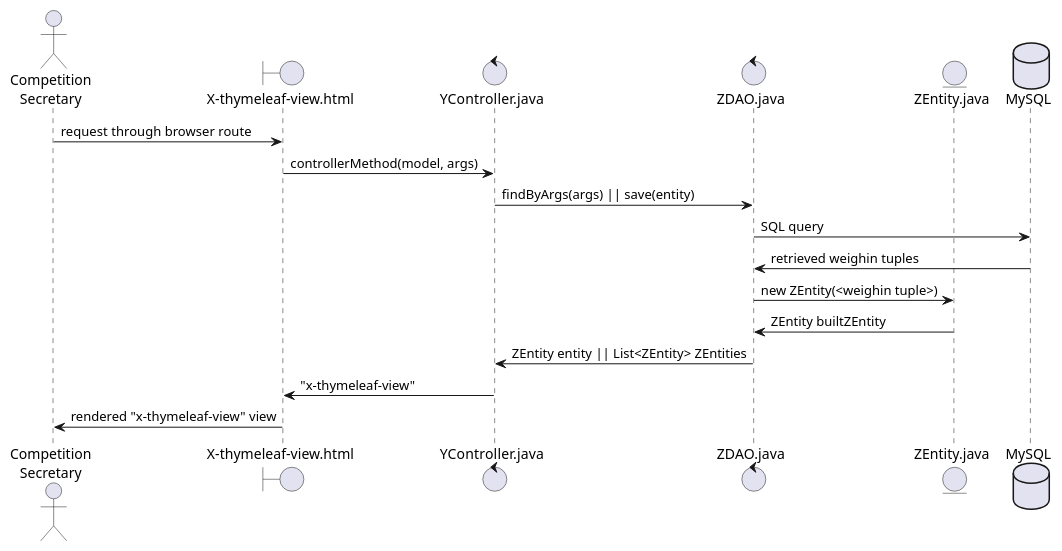
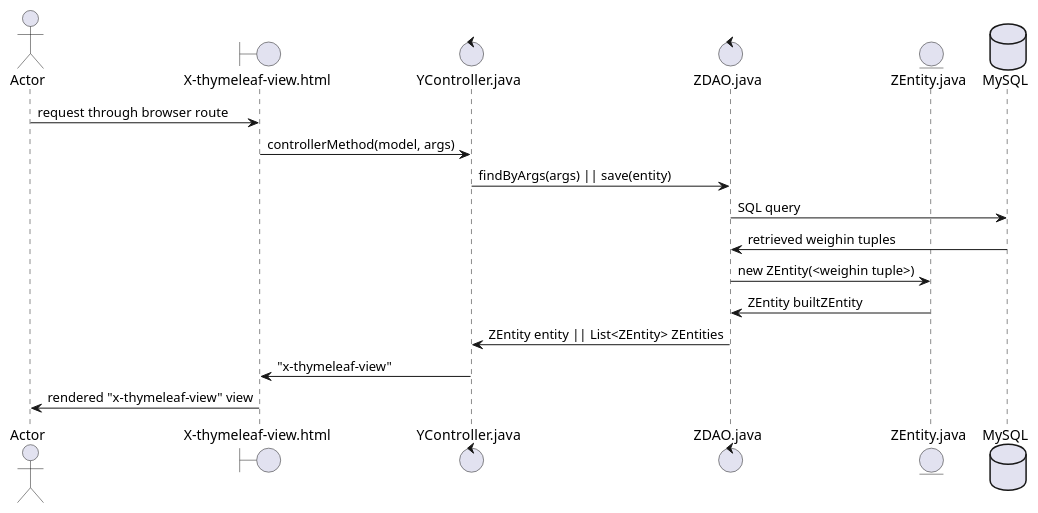
Before and after one commit to zuldare/mastercloud_pfm_halterocms: the diagram in documentation/diagrams/3_design/generic_competition-secretary-sequence.puml, drawn with PlantUML. The commit also changed 2 other files, not shown here.

```diff
--- a/documentation/diagrams/3_design/generic_competition-secretary-sequence.puml
+++ b/documentation/diagrams/3_design/generic_competition-secretary-sequence.puml
@@ -1,24 +1,24 @@
 @startuml
 
-actor user as "Competition\nSecretary"
+actor user as "Actor"
 
 boundary CompetitionSecretaryPlayView as "X-thymeleaf-view.html"
 control CompetitionSecretaryPlayController as "YController.java"
 control WeighinsDAO as "ZDAO.java"
 entity Weighin as "ZEntity.java"
 database MySQL
 
 user -> CompetitionSecretaryPlayView : request through browser route
 CompetitionSecretaryPlayView -> CompetitionSecretaryPlayController : controllerMethod(model, args)
 CompetitionSecretaryPlayController -> WeighinsDAO : findByArgs(args) || save(entity)
 
 WeighinsDAO -> MySQL : SQL query
 WeighinsDAO <- MySQL : retrieved weighin tuples
 
 WeighinsDAO -> Weighin : new ZEntity(<weighin tuple>)
 WeighinsDAO <- Weighin : ZEntity builtZEntity
 CompetitionSecretaryPlayController <- WeighinsDAO : ZEntity entity || List<ZEntity> ZEntities
 CompetitionSecretaryPlayView <- CompetitionSecretaryPlayController : "x-thymeleaf-view"
 user <- CompetitionSecretaryPlayView : rendered "x-thymeleaf-view" view
 
 @enduml
```
